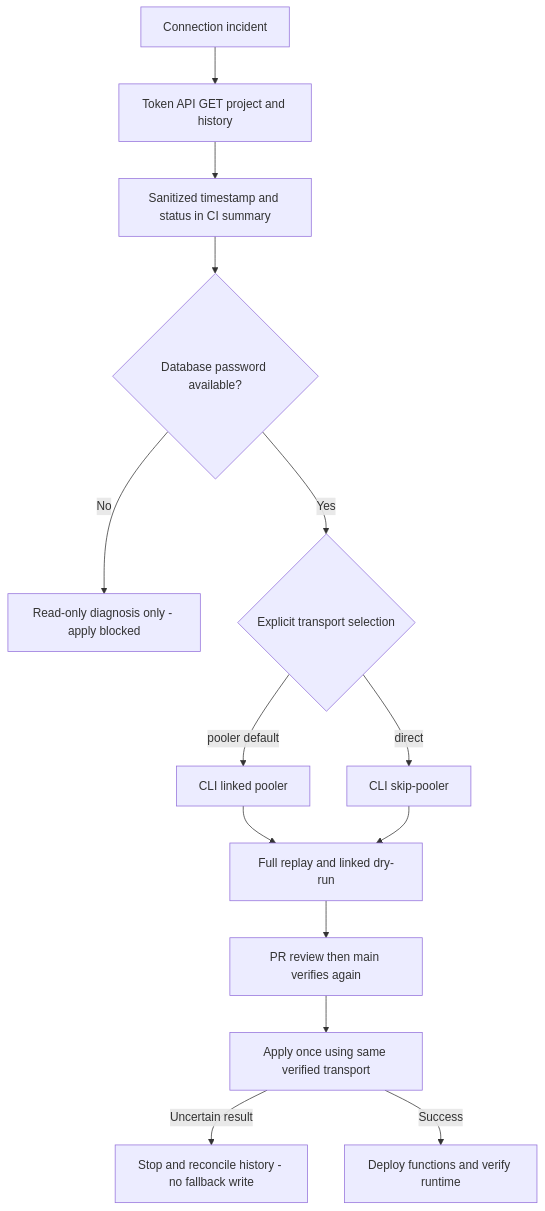
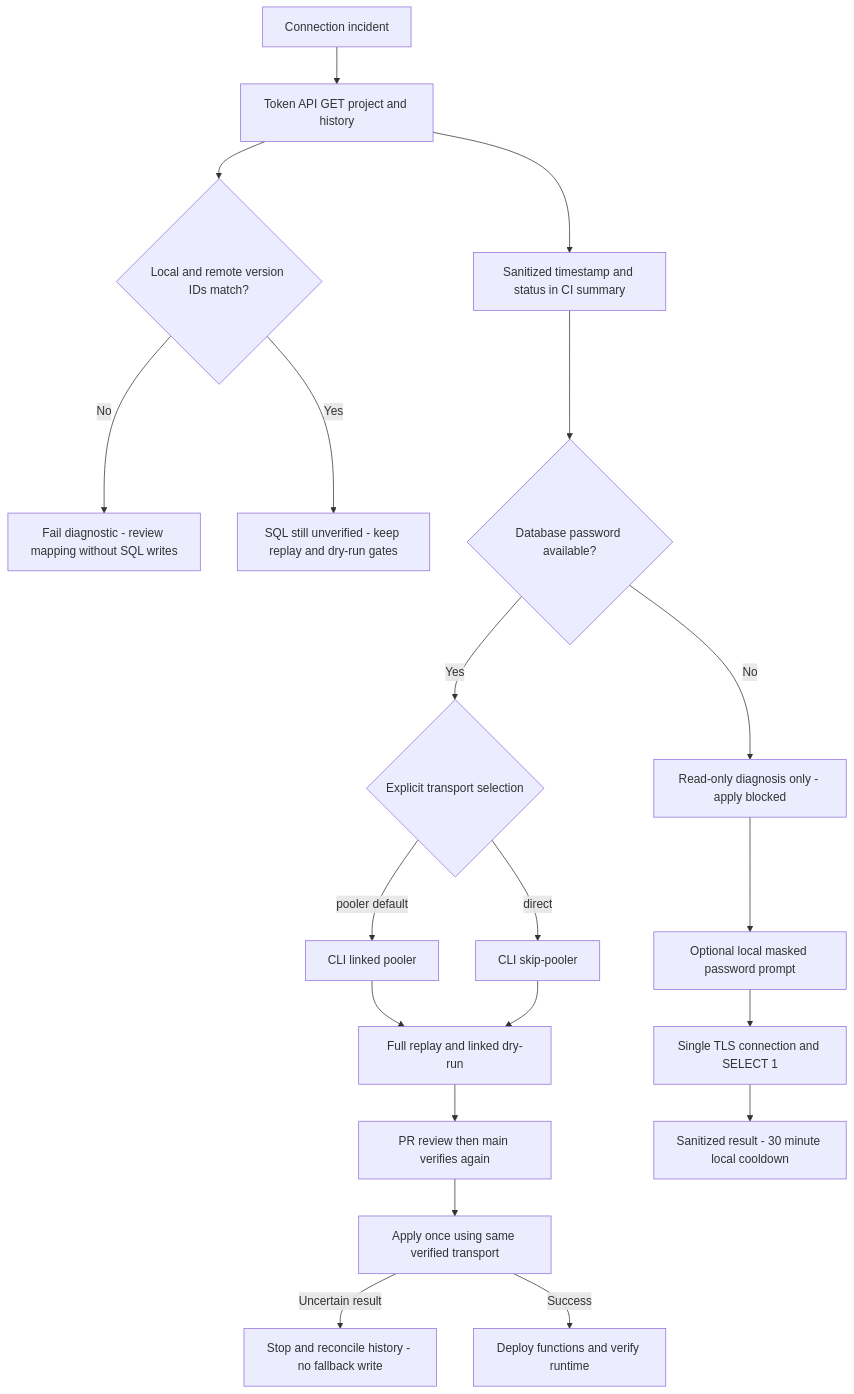
One commit to paramonjong-afk/WisdomAI changed the diagram in docs/SUPABASE_CONNECTION_RECOVERY.md. Above: the diagram before and after it, drawn with Mermaid. The commit also changed other lines of this file and 11 other files, not shown here.

````diff
--- a/docs/SUPABASE_CONNECTION_RECOVERY.md
+++ b/docs/SUPABASE_CONNECTION_RECOVERY.md
@@ -1,16 +1,22 @@
 ```mermaid
 flowchart TD
   A[Connection incident] --> B[Token API GET project and history]
   B --> C[Sanitized timestamp and status in CI summary]
+  B --> R{Local and remote version IDs match?}
+  R -->|No| S[Fail diagnostic - review mapping without SQL writes]
+  R -->|Yes| T[SQL still unverified - keep replay and dry-run gates]
   C --> D{Database password available?}
   D -->|No| E[Read-only diagnosis only - apply blocked]
   D -->|Yes| F{Explicit transport selection}
   F -->|pooler default| G[CLI linked pooler]
   F -->|direct| H[CLI skip-pooler]
   G --> I[Full replay and linked dry-run]
   H --> I
   I --> J[PR review then main verifies again]
   J --> K[Apply once using same verified transport]
   K -->|Uncertain result| L[Stop and reconcile history - no fallback write]
   K -->|Success| M[Deploy functions and verify runtime]
+  E --> N[Optional local masked password prompt]
+  N --> O[Single TLS connection and SELECT 1]
+  O --> P[Sanitized result - 30 minute local cooldown]
 ```
````
